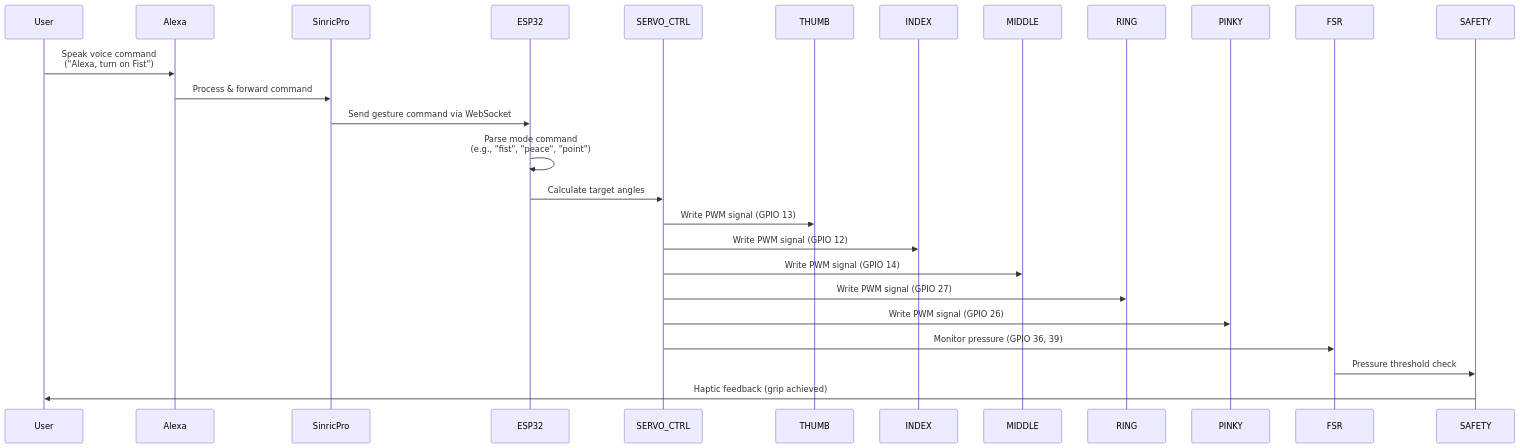
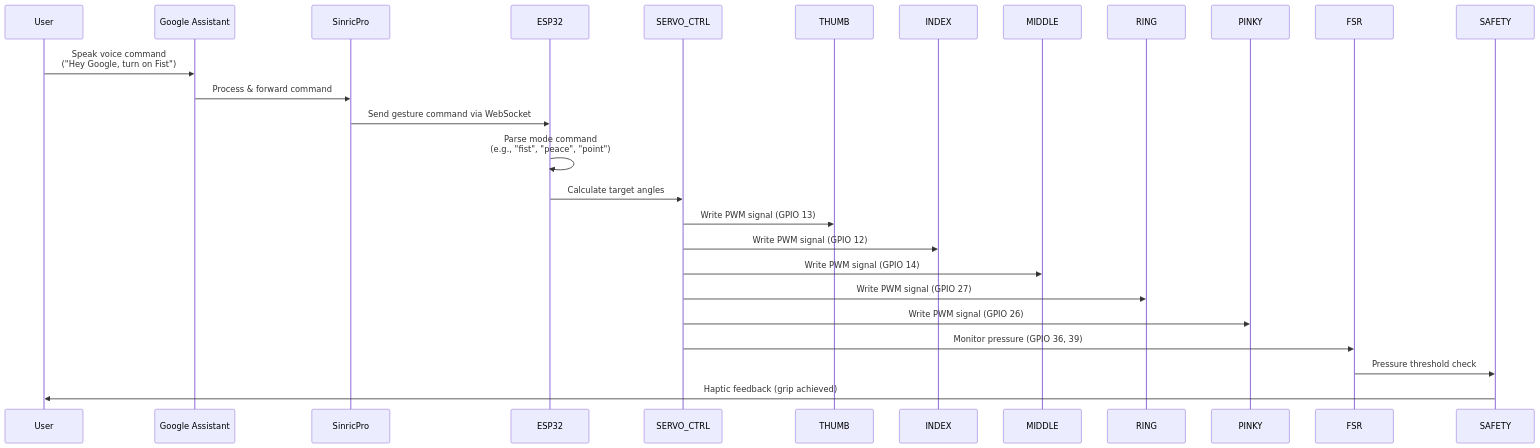
One commit to harshitt13/Krtrimahastah changed the third of 4 diagrams in README.md. Above: the diagram before and after it, drawn with Mermaid. The commit also changed other lines of this file, not shown here.

````diff
--- a/README.md
+++ b/README.md
@@ -229,16 +228,16 @@
 ```mermaid
 sequenceDiagram
-    User->>Alexa: Speak voice command<br/>("Alexa, turn on Fist")
-    Alexa->>SinricPro: Process & forward command
+    User->>Google Assistant: Speak voice command<br/>("Hey Google, turn on Fist")
+    Google Assistant->>SinricPro: Process & forward command
     SinricPro->>ESP32: Send gesture command via WebSocket
     ESP32->>ESP32: Parse mode command<br/>(e.g., "fist", "peace", "point")
     ESP32->>SERVO_CTRL: Calculate target angles
     SERVO_CTRL->>THUMB: Write PWM signal (GPIO 13)
     SERVO_CTRL->>INDEX: Write PWM signal (GPIO 12)
     SERVO_CTRL->>MIDDLE: Write PWM signal (GPIO 14)
     SERVO_CTRL->>RING: Write PWM signal (GPIO 27)
     SERVO_CTRL->>PINKY: Write PWM signal (GPIO 26)
     SERVO_CTRL->>FSR: Monitor pressure (GPIO 36, 39)
     FSR->>SAFETY: Pressure threshold check
     SAFETY->>User: Haptic feedback (grip achieved)
 ```
````
